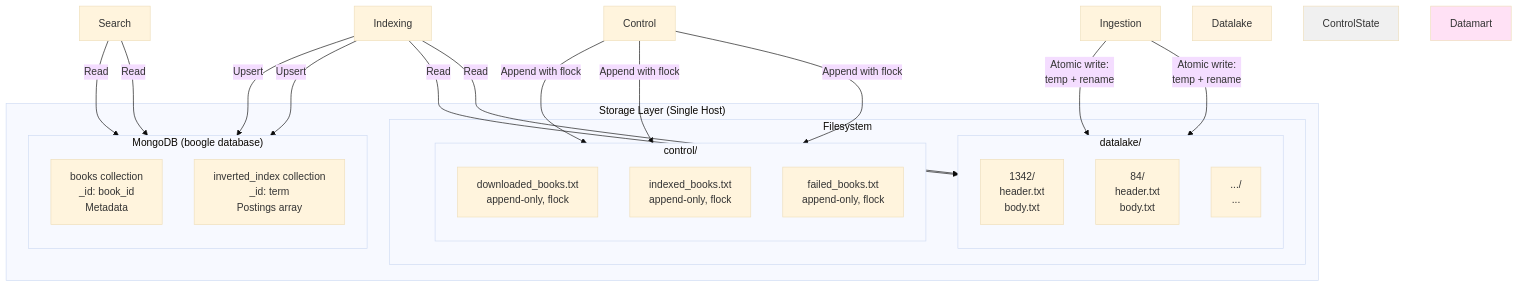
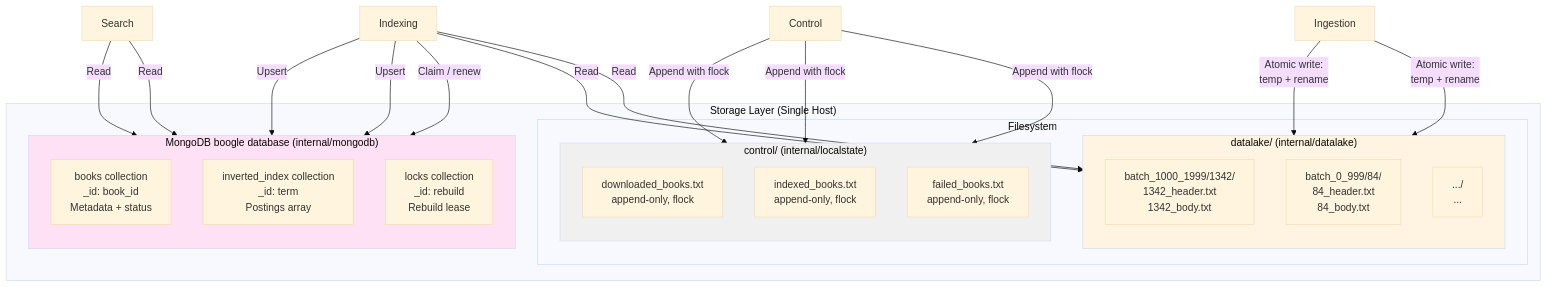
Before and after one commit to bigdata-devs/stage_2: the fifth of 7 diagrams in docs/architecture.md, drawn with Mermaid (base theme). The commit also changed other lines of this file and 3 other files, not shown here.

````diff
--- a/docs/architecture.md
+++ b/docs/architecture.md
@@ -143,45 +280,47 @@
 ```mermaid
 graph TB
     subgraph "Storage Layer (Single Host)"
         subgraph "Filesystem"
-            subgraph "datalake/"
+            subgraph Datalake["datalake/ (internal/datalake)"]
                 direction TB
-                B1[1342/<br/>header.txt<br/>body.txt]
-                B2[84/<br/>header.txt<br/>body.txt]
+                B1[batch_1000_1999/1342/<br/>1342_header.txt<br/>1342_body.txt]
+                B2[batch_0_999/84/<br/>84_header.txt<br/>84_body.txt]
                 B3[.../<br/>...]
             end
-            
-            subgraph "control/"
+
+            subgraph ControlState["control/ (internal/localstate)"]
                 direction TB
                 Downloaded[downloaded_books.txt<br/>append-only, flock]
                 Indexed[indexed_books.txt<br/>append-only, flock]
                 Failed[failed_books.txt<br/>append-only, flock]
             end
         end
-        
-        subgraph "MongoDB (boogle database)"
+
+        subgraph Datamart["MongoDB boogle database (internal/mongodb)"]
             direction TB
-            Books[books collection<br/>_id: book_id<br/>Metadata]
+            Books[books collection<br/>_id: book_id<br/>Metadata + status]
             InvertedIndex[inverted_index collection<br/>_id: term<br/>Postings array]
+            Locks[locks collection<br/>_id: rebuild<br/>Rebuild lease]
         end
     end
-    
+
     Ingestion -->|Atomic write:<br/>temp + rename| B1
     Ingestion -->|Atomic write:<br/>temp + rename| B2
-    
+
     Indexing -->|Read| B1
     Indexing -->|Read| B2
     Indexing -->|Upsert| Books
     Indexing -->|Upsert| InvertedIndex
-    
+    Indexing -->|Claim / renew| Locks
+
     Control -->|Append with flock| Downloaded
     Control -->|Append with flock| Indexed
     Control -->|Append with flock| Failed
-    
+
     Search -->|Read| Books
     Search -->|Read| InvertedIndex
-    
+
     style Datalake fill:#fff4e1
     style ControlState fill:#f0f0f0
     style Datamart fill:#ffe1f5
 ```
````
